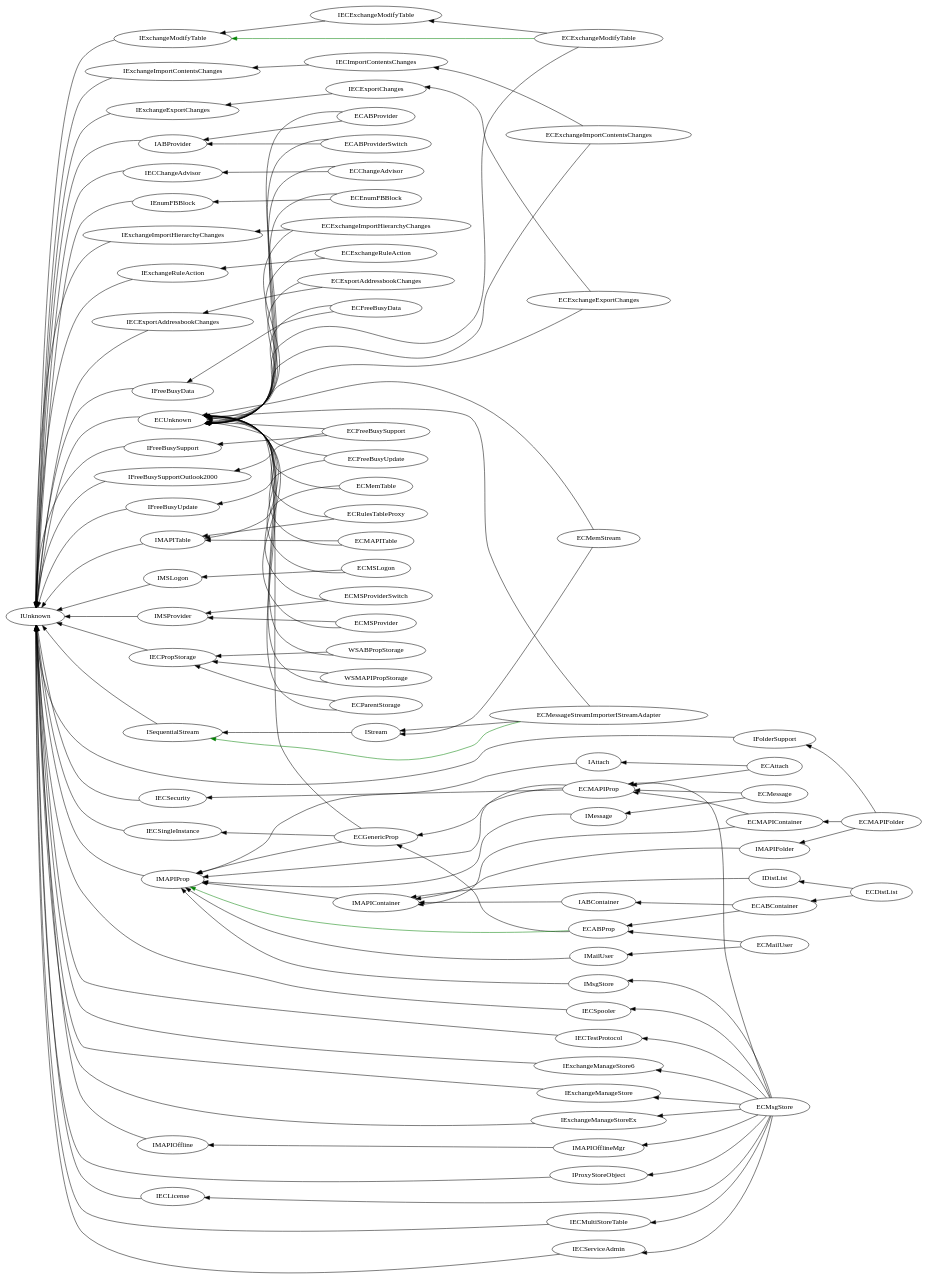
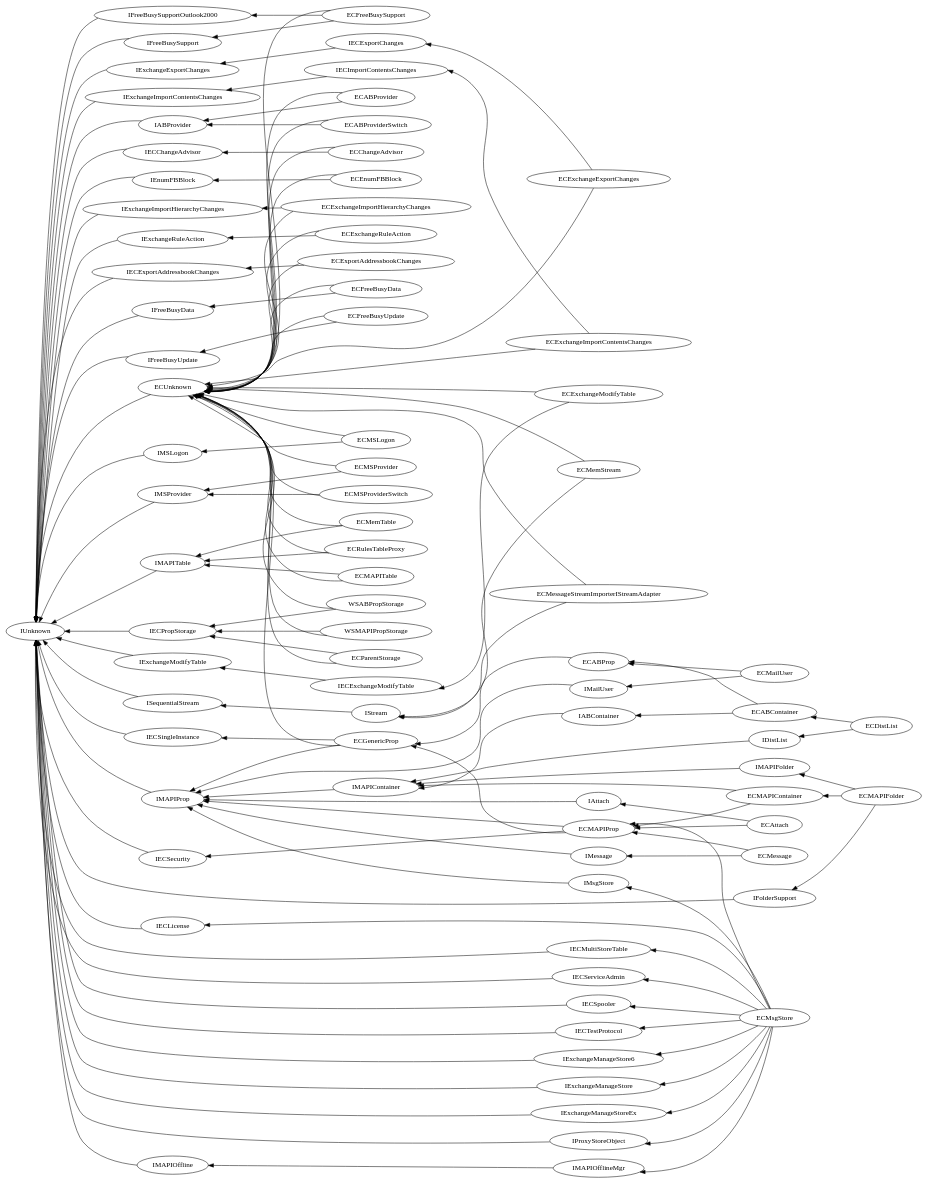
One commit to Kopano-dev/kopano-core changed the diagram in doc/classes.gv. Above: the diagram before and after it, drawn with Graphviz. The commit also changed 7 other files, not shown here.

```diff
--- a/doc/classes.gv
+++ b/doc/classes.gv
@@ -1,136 +1,133 @@
 /* Interface classes used in provider/client/ */
 digraph {
 	rankdir=RL;
 	ECABContainer -> ECABProp;
 	ECABContainer -> IABContainer;
 	ECABProp -> ECGenericProp;
-	ECABProp -> IMAPIProp [color=green];
 	ECABProvider -> ECUnknown;
 	ECABProvider -> IABProvider;
 	ECABProviderSwitch -> ECUnknown;
 	ECABProviderSwitch -> IABProvider;
 	ECAttach -> ECMAPIProp;
 	ECAttach -> IAttach;
 	ECChangeAdvisor -> ECUnknown;
 	ECChangeAdvisor -> IECChangeAdvisor;
 	ECDistList -> ECABContainer;
 	ECDistList -> IDistList;
 	ECEnumFBBlock -> ECUnknown;
 	ECEnumFBBlock -> IEnumFBBlock;
 	ECExchangeExportChanges -> ECUnknown;
 	ECExchangeExportChanges -> IECExportChanges;
 	ECExchangeImportContentsChanges -> ECUnknown;
 	ECExchangeImportContentsChanges -> IECImportContentsChanges;
 	ECExchangeImportHierarchyChanges -> ECUnknown;
 	ECExchangeImportHierarchyChanges -> IExchangeImportHierarchyChanges;
 	ECExchangeModifyTable -> ECUnknown;
-	ECExchangeModifyTable -> IExchangeModifyTable [color=green];
 	ECExchangeModifyTable -> IECExchangeModifyTable;
 	ECExchangeRuleAction -> ECUnknown;
 	ECExchangeRuleAction -> IExchangeRuleAction;
 	ECExportAddressbookChanges -> ECUnknown;
 	ECExportAddressbookChanges -> IECExportAddressbookChanges;
 	ECFreeBusyData -> ECUnknown;
 	ECFreeBusyData -> IFreeBusyData;
 	ECFreeBusySupport -> ECUnknown;
 	ECFreeBusySupport -> IFreeBusySupport;
 	ECFreeBusySupport -> IFreeBusySupportOutlook2000;
 	ECFreeBusyUpdate -> ECUnknown;
 	ECFreeBusyUpdate -> IFreeBusyUpdate;
 	ECGenericProp -> ECUnknown;
 	ECGenericProp -> IECSingleInstance;
 	ECGenericProp -> IMAPIProp;
 	ECMAPIContainer -> ECMAPIProp;
 	ECMAPIContainer -> IMAPIContainer;
 	ECMAPIFolder -> ECMAPIContainer;
 	ECMAPIFolder -> IFolderSupport;
 	ECMAPIFolder -> IMAPIFolder;
 	ECMAPIProp -> ECGenericProp;
 	ECMAPIProp -> IECSecurity;
 	ECMAPIProp -> IMAPIProp;
 	ECMAPITable -> ECUnknown;
 	ECMAPITable -> IMAPITable;
 	ECMSLogon -> ECUnknown;
 	ECMSLogon -> IMSLogon;
 	ECMSProvider -> ECUnknown;
 	ECMSProvider -> IMSProvider;
 	ECMSProviderSwitch -> ECUnknown;
 	ECMSProviderSwitch -> IMSProvider;
 	ECMailUser -> ECABProp;
 	ECMailUser -> IMailUser;
 	ECMemStream -> ECUnknown;
 	ECMemStream -> IStream;
 	ECMemTable -> ECUnknown;
 	ECMemTable -> IMAPITable;
 	ECMessage -> ECMAPIProp;
 	ECMessage -> IMessage;
 	ECMessageStreamImporterIStreamAdapter -> ECUnknown;
-	ECMessageStreamImporterIStreamAdapter -> ISequentialStream [color=green];
 	ECMessageStreamImporterIStreamAdapter -> IStream;
 	ECMsgStore -> ECMAPIProp;
 	ECMsgStore -> IECLicense;
 	ECMsgStore -> IECMultiStoreTable;
 	ECMsgStore -> IECServiceAdmin;
 	ECMsgStore -> IECSpooler;
 	ECMsgStore -> IECTestProtocol;
 	ECMsgStore -> IExchangeManageStore6;
 	ECMsgStore -> IExchangeManageStore;
 	ECMsgStore -> IExchangeManageStoreEx;
 	ECMsgStore -> IMAPIOfflineMgr;
 	ECMsgStore -> IMsgStore;
 	ECMsgStore -> IProxyStoreObject;
 	ECParentStorage -> ECUnknown;
 	ECParentStorage -> IECPropStorage;
 	ECRulesTableProxy -> ECUnknown;
 	ECRulesTableProxy -> IMAPITable;
 	ECUnknown -> IUnknown;
 	IABContainer -> IMAPIContainer;
 	IABProvider -> IUnknown;
 	IAttach -> IMAPIProp;
 	IDistList -> IMAPIContainer;
 	IECChangeAdvisor -> IUnknown;
 	IECExchangeModifyTable -> IExchangeModifyTable;
 	IECExportAddressbookChanges -> IUnknown;
 	IECExportChanges -> IExchangeExportChanges;
 	IECImportContentsChanges -> IExchangeImportContentsChanges;
 	IECLicense -> IUnknown;
 	IECMultiStoreTable -> IUnknown;
 	IECPropStorage -> IUnknown;
 	IECSecurity -> IUnknown;
 	IECServiceAdmin -> IUnknown;
 	IECSingleInstance -> IUnknown;
 	IECSpooler -> IUnknown;
 	IECTestProtocol -> IUnknown;
 	IEnumFBBlock -> IUnknown;
 	IExchangeExportChanges -> IUnknown;
 	IExchangeImportContentsChanges -> IUnknown;
 	IExchangeImportHierarchyChanges -> IUnknown;
 	IExchangeManageStore -> IUnknown;
 	IExchangeManageStore6 -> IUnknown;
 	IExchangeManageStoreEx -> IUnknown;
 	IExchangeModifyTable -> IUnknown;
 	IExchangeRuleAction -> IUnknown;
 	IFolderSupport -> IUnknown;
 	IFreeBusyData -> IUnknown;
 	IFreeBusySupport -> IUnknown;
 	IFreeBusySupportOutlook2000 -> IUnknown;
 	IFreeBusyUpdate -> IUnknown;
 	IMAPIContainer -> IMAPIProp;
 	IMAPIFolder -> IMAPIContainer;
 	IMAPIOffline -> IUnknown;
 	IMAPIOfflineMgr -> IMAPIOffline;
 	IMAPIProp -> IUnknown;
 	IMAPITable -> IUnknown;
 	IMSLogon -> IUnknown;
 	IMSProvider -> IUnknown;
 	IMailUser -> IMAPIProp;
 	IMessage -> IMAPIProp;
 	IMsgStore -> IMAPIProp;
 	IProxyStoreObject -> IUnknown;
 	ISequentialStream -> IUnknown;
 	IStream -> ISequentialStream;
 	WSABPropStorage -> ECUnknown;
 	WSABPropStorage -> IECPropStorage;
 	WSMAPIPropStorage -> ECUnknown;
 	WSMAPIPropStorage -> IECPropStorage;
 }
```
